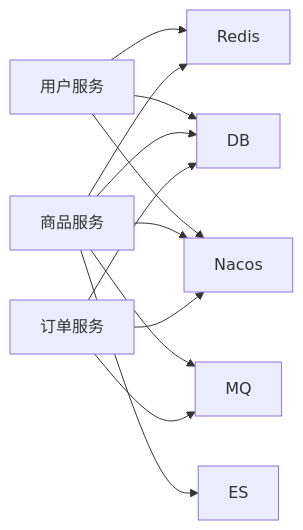
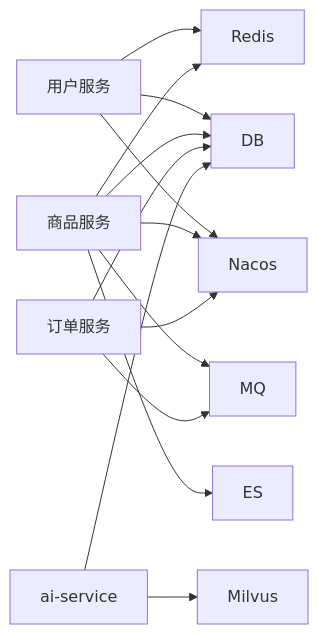
One commit to haohailiang/qoder-fullstack changed diagram 11 of 11 in .qoder/repowiki/zh/content/中间件集成/中间件集成.md. Above: the diagram before and after it, drawn with Mermaid. The commit also changed other lines of this file and 33 other files, not shown here.

````diff
--- a/.qoder/repowiki/zh/content/中间件集成/中间件集成.md
+++ b/.qoder/repowiki/zh/content/中间件集成/中间件集成.md
@@ -369,14 +451,16 @@
 ```mermaid
 graph LR
 User["用户服务"] --> Redis
 User --> DB
 User --> Nacos
 Product["商品服务"] --> Redis
 Product --> MQ
 Product --> ES
 Product --> DB
 Product --> Nacos
 Order["订单服务"] --> MQ
 Order --> DB
 Order --> Nacos
+AI["ai-service"] --> Milvus
+AI --> DB
 ```
````
